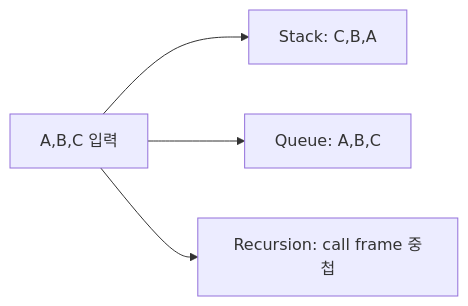
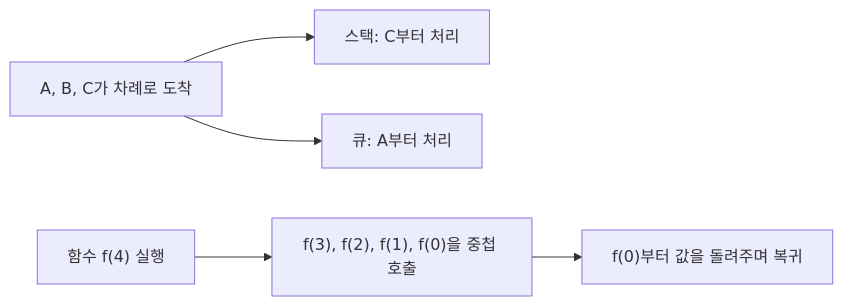
One commit to mj006648/netai-devsecops-runbook changed the diagram in learning/algorithms/03-stacks-queues-and-recursion.md. Above: the diagram before and after it, drawn with Mermaid. The commit also changed other lines of this file and 55 other files, not shown here.

````diff
--- a/learning/algorithms/03-stacks-queues-and-recursion.md
+++ b/learning/algorithms/03-stacks-queues-and-recursion.md
@@ -7,6 +7,7 @@
-```mermaid
+~~~mermaid
 flowchart LR
-    I["A,B,C 입력"] --> S["Stack: C,B,A"]
-    I --> Q["Queue: A,B,C"]
-    I --> R["Recursion: call frame 중첩"]
-```
+    I["A, B, C가 차례로 도착"] --> S["스택: C부터 처리"]
+    I --> Q["큐: A부터 처리"]
+    R["함수 f(4) 실행"] --> C["f(3), f(2), f(1), f(0)을 중첩 호출"]
+    C --> U["f(0)부터 값을 돌려주며 복귀"]
+~~~
````
